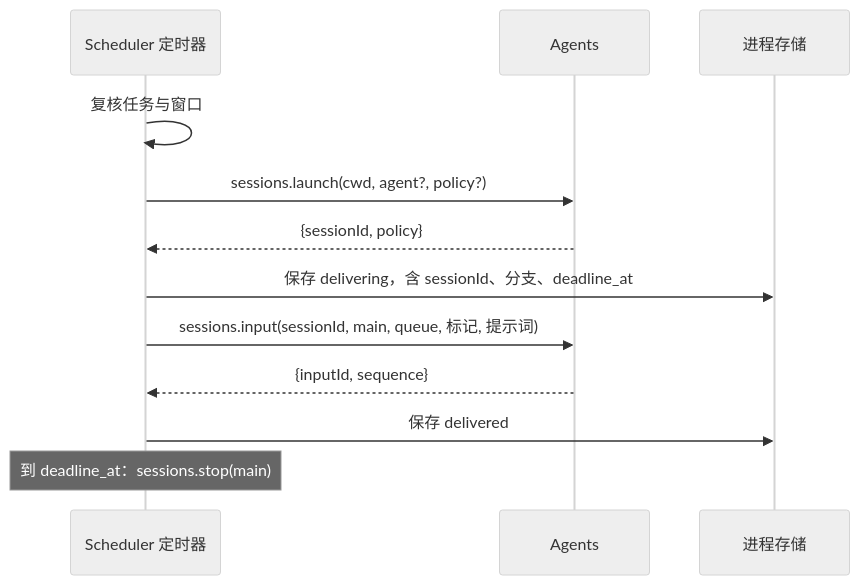
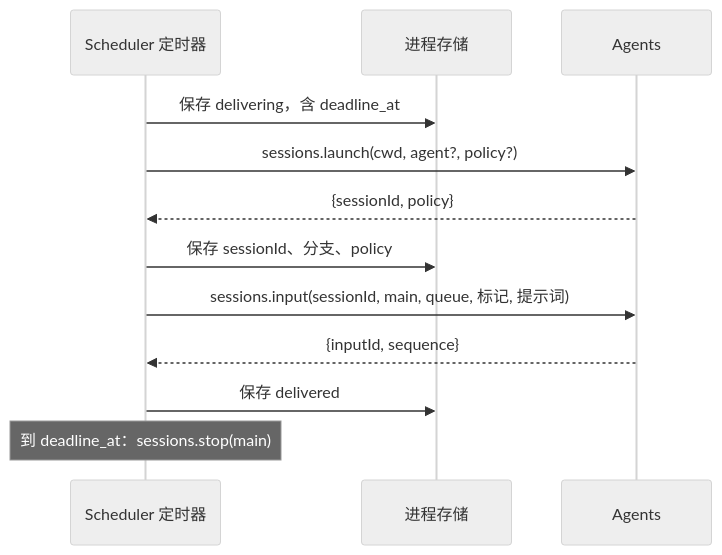
The fourth of 5 diagrams in docs/zh/design/plugins/Scheduler.md (CoutinhoTTS/dim-agent), drawn with Mermaid (neutral theme) before and after one commit. The commit also changed other lines of this file and 1 other file, not shown here.

````diff
--- a/docs/zh/design/plugins/Scheduler.md
+++ b/docs/zh/design/plugins/Scheduler.md
@@ -200,14 +200,14 @@
 ```mermaid
 sequenceDiagram
   participant T as Scheduler 定时器
+  participant ST as 进程存储
   participant AG as Agents
-  participant ST as 进程存储
-  T->>T: 复核任务与窗口
+  T->>ST: 保存 delivering，含 deadline_at
   T->>AG: sessions.launch(cwd, agent?, policy?)
   AG-->>T: {sessionId, policy}
-  T->>ST: 保存 delivering，含 sessionId、分支、deadline_at
+  T->>ST: 保存 sessionId、分支、policy
   T->>AG: sessions.input(sessionId, main, queue, 标记, 提示词)
   AG-->>T: {inputId, sequence}
   T->>ST: 保存 delivered
   Note over T: 到 deadline_at：sessions.stop(main)
 ```
````
